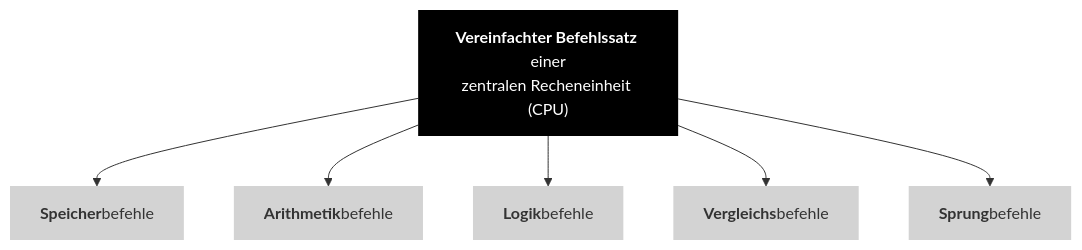
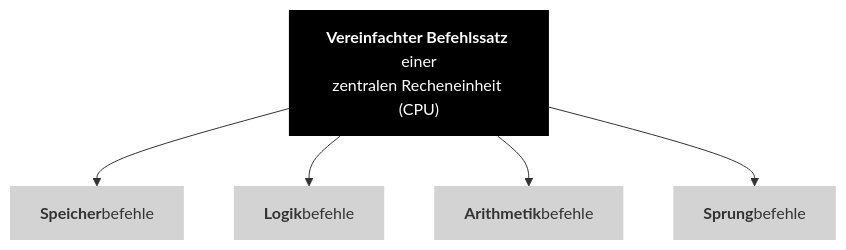
The diagram in Grafiken/Mermaid/Befehle/Kategorien.mmd (ghackenberg/python-grundlagen-kurs), drawn with Mermaid before and after one commit. The commit also changed 6 other files, not shown here.

```diff
--- a/Grafiken/Mermaid/Befehle/Kategorien.mmd
+++ b/Grafiken/Mermaid/Befehle/Kategorien.mmd
@@ -1,17 +1,15 @@
 flowchart
 
     Befehle["<b>Vereinfachter Befehlssatz</b> einer<br/>zentralen Recheneinheit (CPU)"]
 
     Befehle --> Transfer["<b>Speicher</b>befehle"]
+    Befehle --> Logisch["<b>Logik</b>befehle"]
     Befehle --> Arithmetisch["<b>Arithmetik</b>befehle"]
-    Befehle --> Logisch["<b>Logik</b>befehle"]
-    Befehle --> Vergleich["<b>Vergleichs</b>befehle"]
     Befehle --> Sprung["<b>Sprung</b>befehle"]
 
     style Befehle fill:black,color:white,stroke-width:0px
 
     style Transfer fill:lightgray,stroke-width:0px
     style Arithmetisch fill:lightgray,stroke-width:0px
     style Logisch fill:lightgray,stroke-width:0px
-    style Vergleich fill:lightgray,stroke-width:0px
     style Sprung fill:lightgray,stroke-width:0px
```
